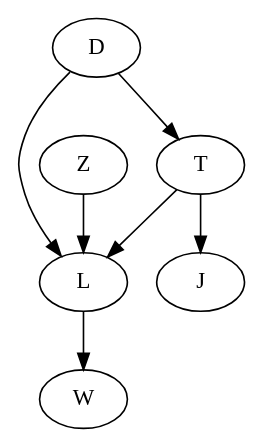
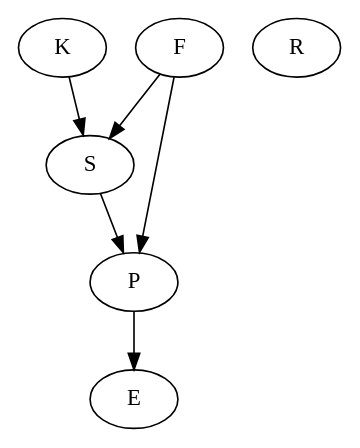
The diagram in Graph/results/Digraph.gv (iam-aishwaryajoy/Code-Today), drawn with Graphviz before and after one commit. The commit also changed 9 other files, not shown here.

```diff
--- a/Graph/results/Digraph.gv
+++ b/Graph/results/Digraph.gv
@@ -1,14 +1,13 @@
 digraph {
-	W
-	T
-	L
-	D
-	J
-	Z
-	T -> J
-	T -> L
-	L -> W
-	D -> L
-	D -> T
-	Z -> L
+	E
+	S
+	K
+	F
+	R
+	P
+	S -> P
+	K -> S
+	F -> P
+	F -> S
+	P -> E
 }
```
